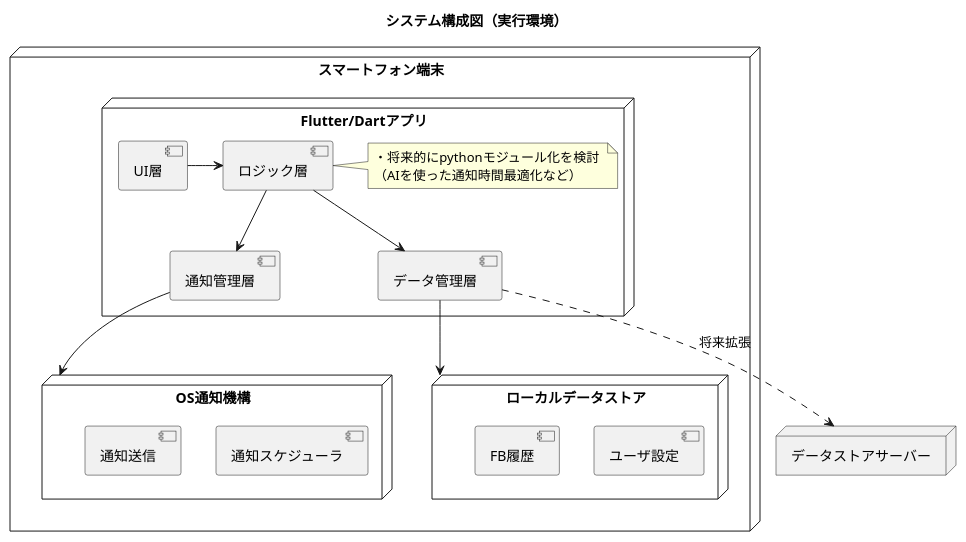
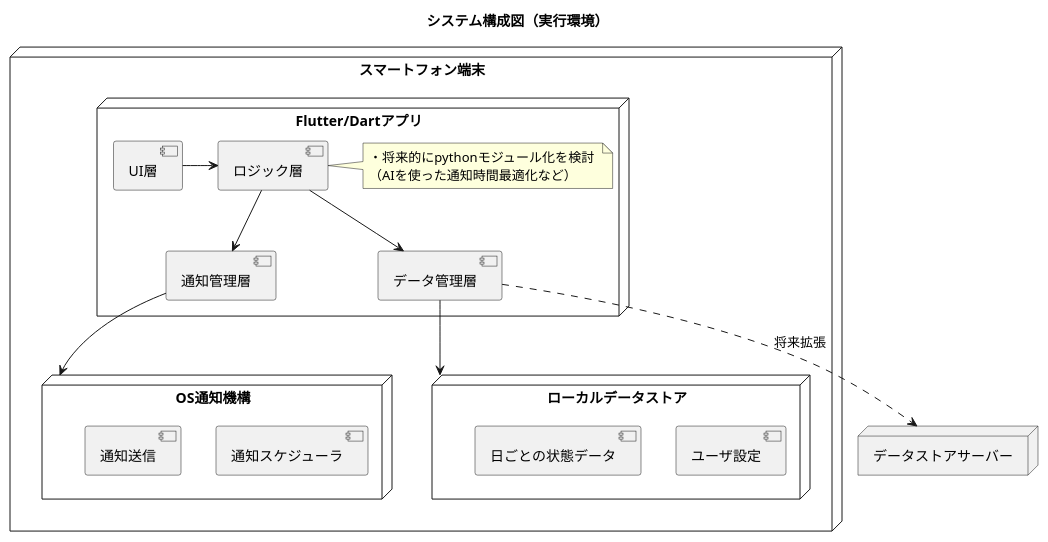
The diagram in assets/specifications/基本設計/システム構成図.pu (akamatrixxx/justtime), drawn with PlantUML before and after one commit. The commit also changed 9 other files, not shown here.

```diff
--- a/assets/specifications/基本設計/システム構成図.pu
+++ b/assets/specifications/基本設計/システム構成図.pu
@@ -1,41 +1,41 @@
 @startuml
 title システム構成図（実行環境）
 
 node "スマートフォン端末" {
 
   node "Flutter/Dartアプリ" {
     component "UI層"
     component "ロジック層"
     note right
     ・将来的にpythonモジュール化を検討 
     （AIを使った通知時間最適化など）
     end note
     component "通知管理層"
     component "データ管理層"
   }
 
   node "OS通知機構" {
     component "通知スケジューラ"
     component "通知送信"
   }
 
   node "ローカルデータストア" {
     component "ユーザ設定"
-    component "FB履歴"
+    component "日ごとの状態データ"
   }
 }
 
 node "データストアサーバー" {
   
 }
 
 "UI層" -> "ロジック層"
 "ロジック層" --> "データ管理層"
 "ロジック層"--> "通知管理層"
 "通知管理層" --> "OS通知機構"
 "データ管理層" --> "ローカルデータストア"
 
 
 データ管理層 ..> "データストアサーバー" : 将来拡張
 
 @enduml
```
